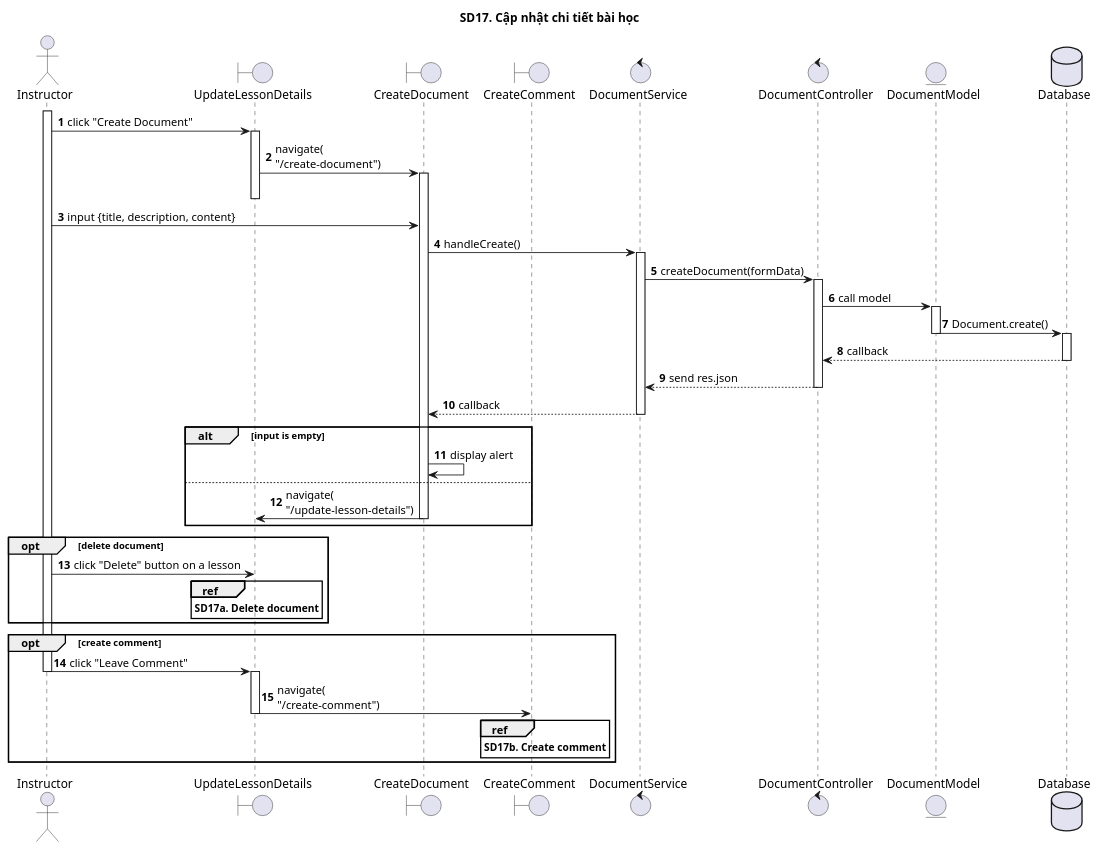
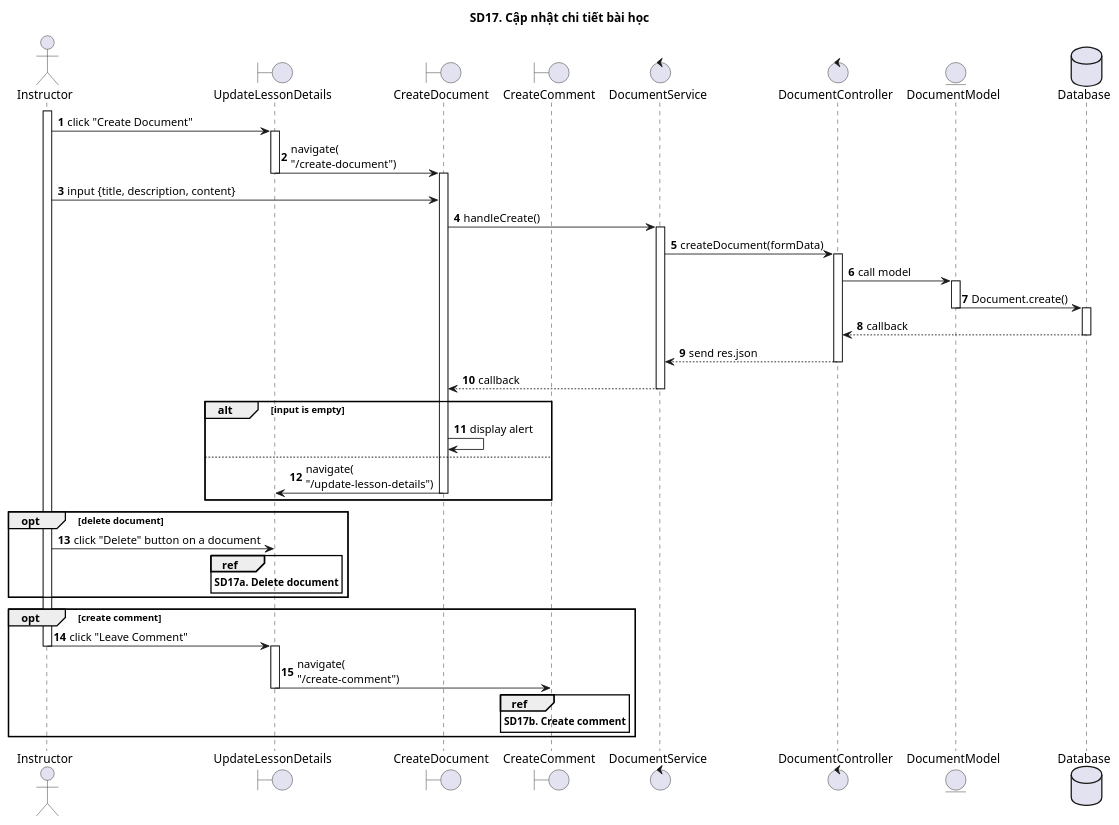
The diagram in SequenceDiagrams/CNPMHDT/New/sd17.puml (The-Cookies-Team/UML-Diagrams), drawn with PlantUML before and after one commit. The commit also changed 2 other files, not shown here.

```diff
--- a/SequenceDiagrams/CNPMHDT/New/sd17.puml
+++ b/SequenceDiagrams/CNPMHDT/New/sd17.puml
@@ -1,62 +1,62 @@
 @startuml SQ
 
 autonumber
 
 title SD17. Cập nhật chi tiết bài học
 
 actor "Instructor"
 boundary "UpdateLessonDetails"
 boundary "CreateDocument"
 boundary "CreateComment"
 control "DocumentService"
 control "DocumentController"
 entity "DocumentModel"
 database "Database" as Database
 activate Instructor
 Instructor -> UpdateLessonDetails: click "Create Document"
 activate UpdateLessonDetails
 UpdateLessonDetails -> CreateDocument: navigate(\n"/create-document")
+deactivate UpdateLessonDetails
 activate CreateDocument
-deactivate UpdateLessonDetails
 Instructor -> CreateDocument: input {title, description, content}
 CreateDocument -> DocumentService: handleCreate()
 activate DocumentService
 DocumentService -> DocumentController: createDocument(formData)
 activate DocumentController
 DocumentController -> DocumentModel: call model
 activate DocumentModel
 DocumentModel -> Database: Document.create()
 deactivate DocumentModel
 activate Database
 Database --> DocumentController: callback
 deactivate Database
 DocumentController --> DocumentService: send res.json
 deactivate DocumentController
 DocumentService --> CreateDocument: callback
 deactivate DocumentService
 
 alt input is empty
 CreateDocument -> CreateDocument: display alert
 else
 CreateDocument -> UpdateLessonDetails: navigate(\n"/update-lesson-details")
 deactivate CreateDocument
 end
 
 opt delete document
-Instructor -> UpdateLessonDetails: click "Delete" button on a lesson
+Instructor -> UpdateLessonDetails: click "Delete" button on a document
 ref over UpdateLessonDetails
 **SD17a. Delete document**
 end ref
 end
 
 opt create comment
 Instructor -> UpdateLessonDetails: click "Leave Comment"
 deactivate Instructor
 activate UpdateLessonDetails
 UpdateLessonDetails -> CreateComment: navigate(\n"/create-comment")
 deactivate UpdateLessonDetails
 ref over CreateComment
 **SD17b. Create comment**
 end ref
 end
 @enduml
```
